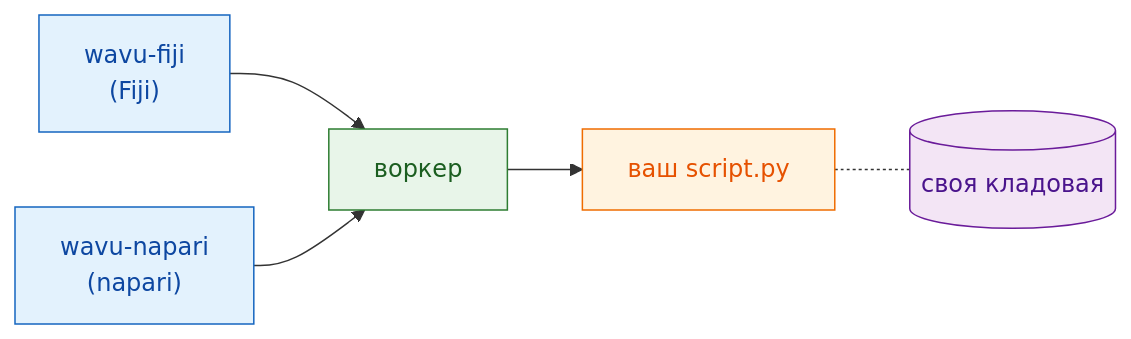
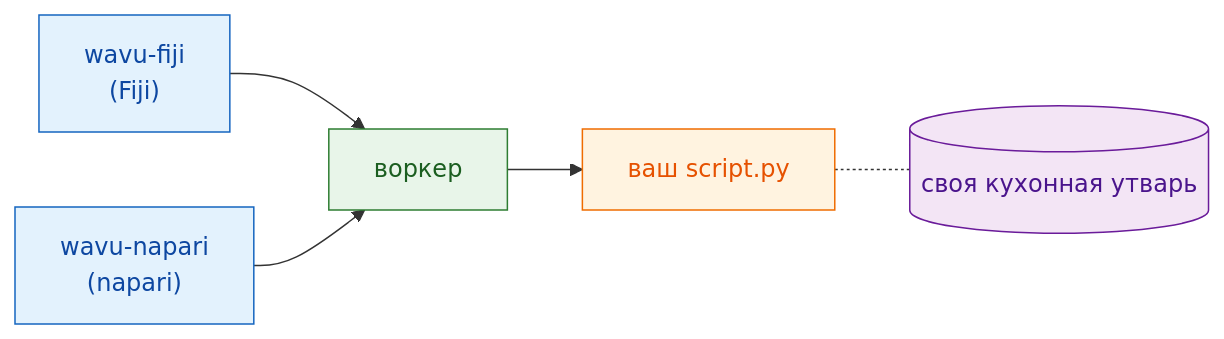
Before and after one commit to Oxford-Zeiss-Centre-of-Excellence/Wavu: the diagram in guide/model/what-is-wavu.ru.md, drawn with Mermaid. The commit also changed other lines of this file and 221 other files, not shown here.

````diff
--- a/guide/model/what-is-wavu.ru.md
+++ b/guide/model/what-is-wavu.ru.md
@@ -40,17 +41,17 @@
 ```mermaid
 flowchart LR
     F["wavu-fiji<br/>(Fiji)"]:::fiji
     N["wavu-napari<br/>(napari)"]:::fiji
     W["воркер"]:::worker
     S["ваш script.py"]:::script
-    E[("своя кладовая")]:::env
+    E[("своя кухонная утварь")]:::env
     F --> W
     N --> W
     W --> S
     S -.- E
 
     classDef fiji   fill:#e3f2fd,stroke:#1565c0,color:#0d47a1
     classDef worker fill:#e8f5e9,stroke:#2e7d32,color:#1b5e20
     classDef script fill:#fff3e0,stroke:#ef6c00,color:#e65100
     classDef env    fill:#f3e5f5,stroke:#6a1b9a,color:#4a148c
 ```
````
